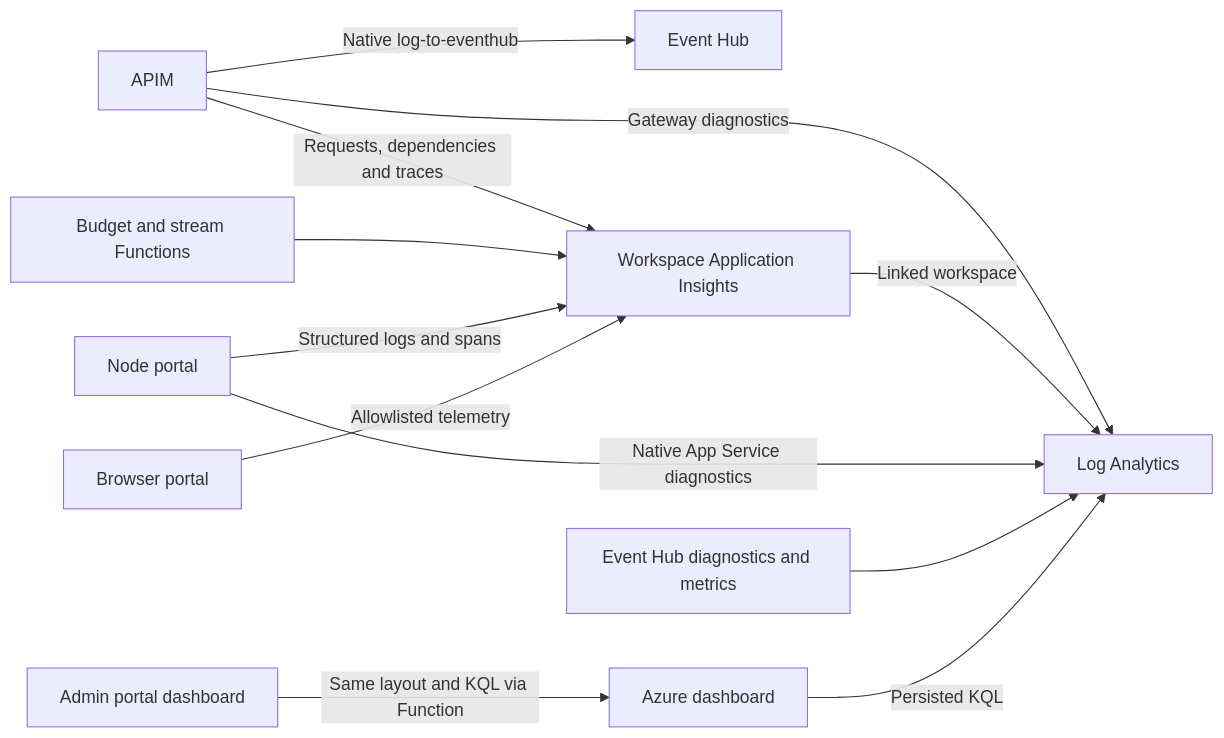
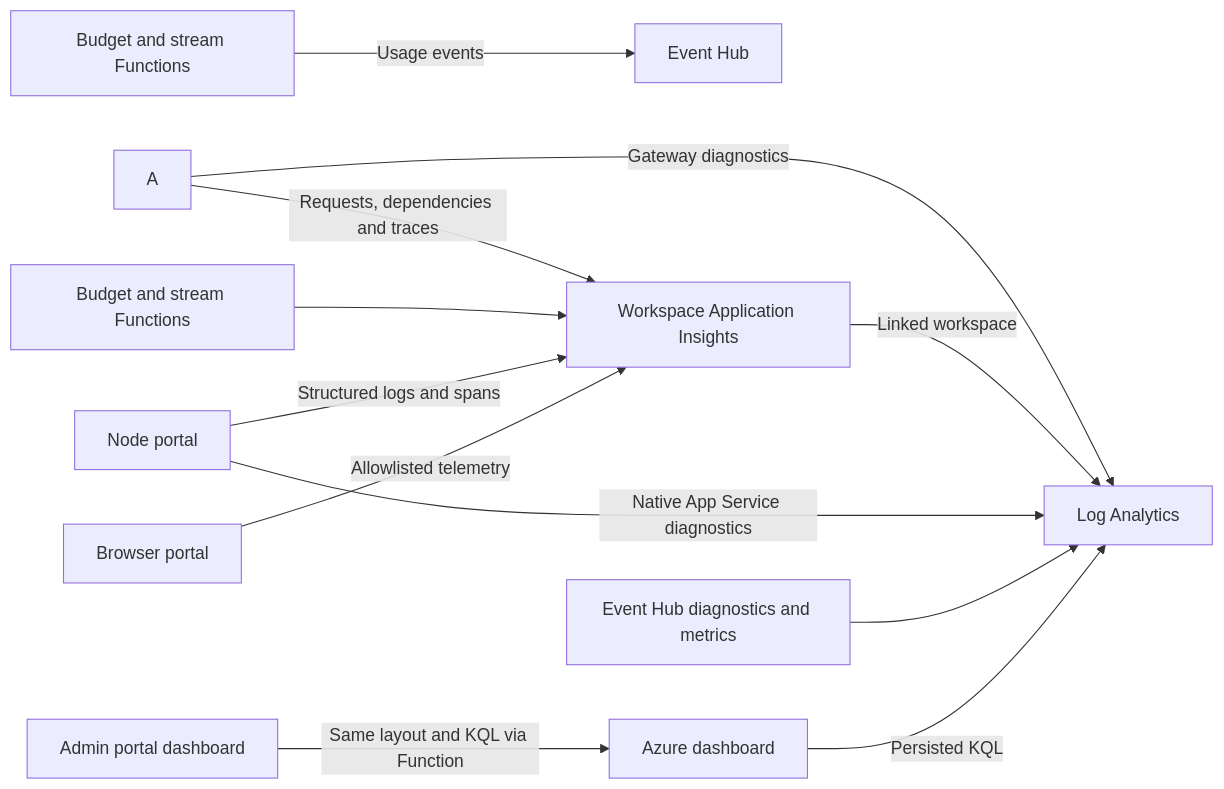
Before and after one commit to jordanbean-msft/apim-rate-limit-foundry: the diagram in docs/observability.md, drawn with Mermaid. The commit also changed other lines of this file and 14 other files, not shown here.

First line of the commit message:
docs: describe Function-side Event Hub export and GatewayServices; update diagrams

````diff
--- a/docs/observability.md
+++ b/docs/observability.md
@@ -10,14 +10,14 @@
 ```mermaid
 flowchart LR
-    A[APIM] -->|Native log-to-eventhub| E[Event Hub]
+    F2[Budget and stream Functions] -->|Usage events| E[Event Hub]
     A -->|Gateway diagnostics| W[Log Analytics]
     A -->|Requests, dependencies and traces| I[Workspace Application Insights]
     F[Budget and stream Functions] --> I[Workspace Application Insights]
     I -->|Linked workspace| W
     N[Node portal] -->|Structured logs and spans| I
     B[Browser portal] -->|Allowlisted telemetry| I
     N -->|Native App Service diagnostics| W
     H[Event Hub diagnostics and metrics] --> W
     D[Azure dashboard] -->|Persisted KQL| W
     P[Admin portal dashboard] -->|Same layout and KQL via Function| D
 ```
````
